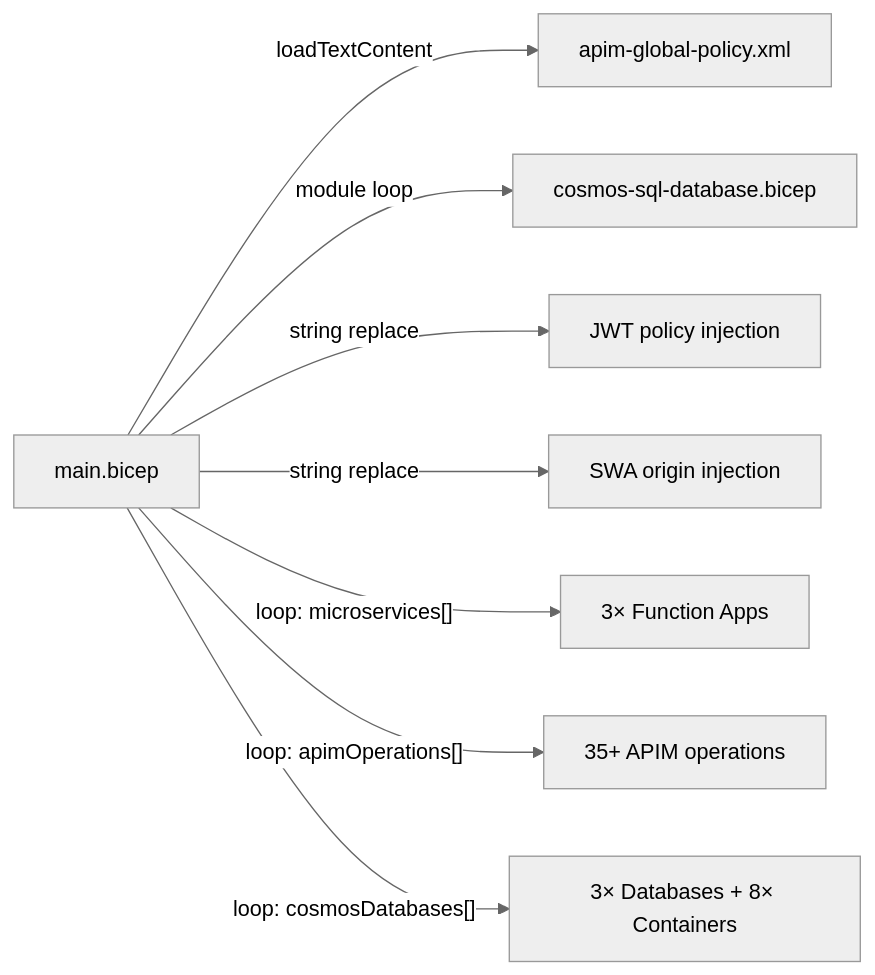
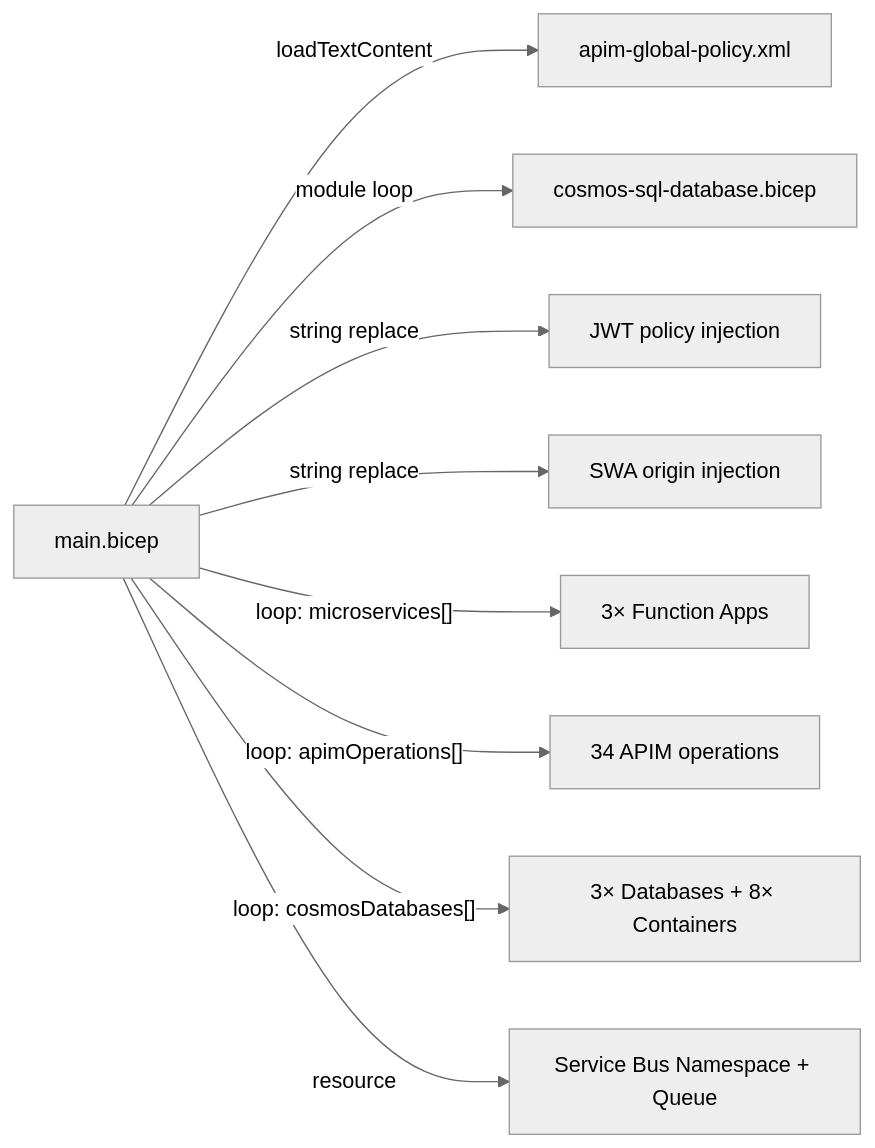
Before and after one commit to dejanefremovout/LawOffice: the second of 4 diagrams in docs/architecture/INFRASTRUCTURE_AND_DEPLOYMENT.md, drawn with Mermaid (neutral theme). The commit also changed other lines of this file and 40 other files, not shown here.

Commit message:
Implement Azure Service Bus messaging

````diff
--- a/docs/architecture/INFRASTRUCTURE_AND_DEPLOYMENT.md
+++ b/docs/architecture/INFRASTRUCTURE_AND_DEPLOYMENT.md
@@ -155,10 +161,11 @@
 ```mermaid
 graph LR
     A[main.bicep] -->|"loadTextContent"| B[apim-global-policy.xml]
     A -->|"module loop"| C[cosmos-sql-database.bicep]
     A -->|"string replace"| D["JWT policy injection"]
     A -->|"string replace"| E["SWA origin injection"]
     A -->|"loop: microservices[]"| F["3× Function Apps"]
-    A -->|"loop: apimOperations[]"| G["35+ APIM operations"]
+    A -->|"loop: apimOperations[]"| G["34 APIM operations"]
     A -->|"loop: cosmosDatabases[]"| H["3× Databases + 8× Containers"]
+    A -->|"resource"| I["Service Bus Namespace + Queue"]
 ```
````
